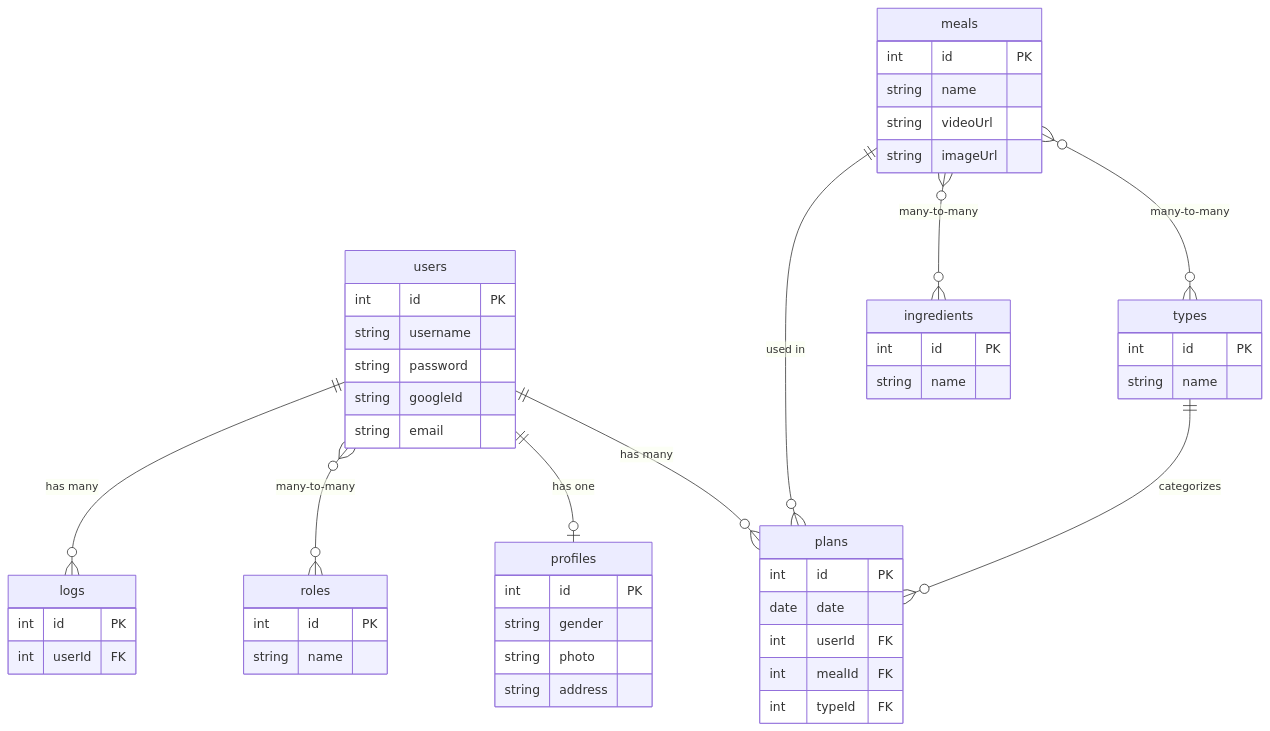
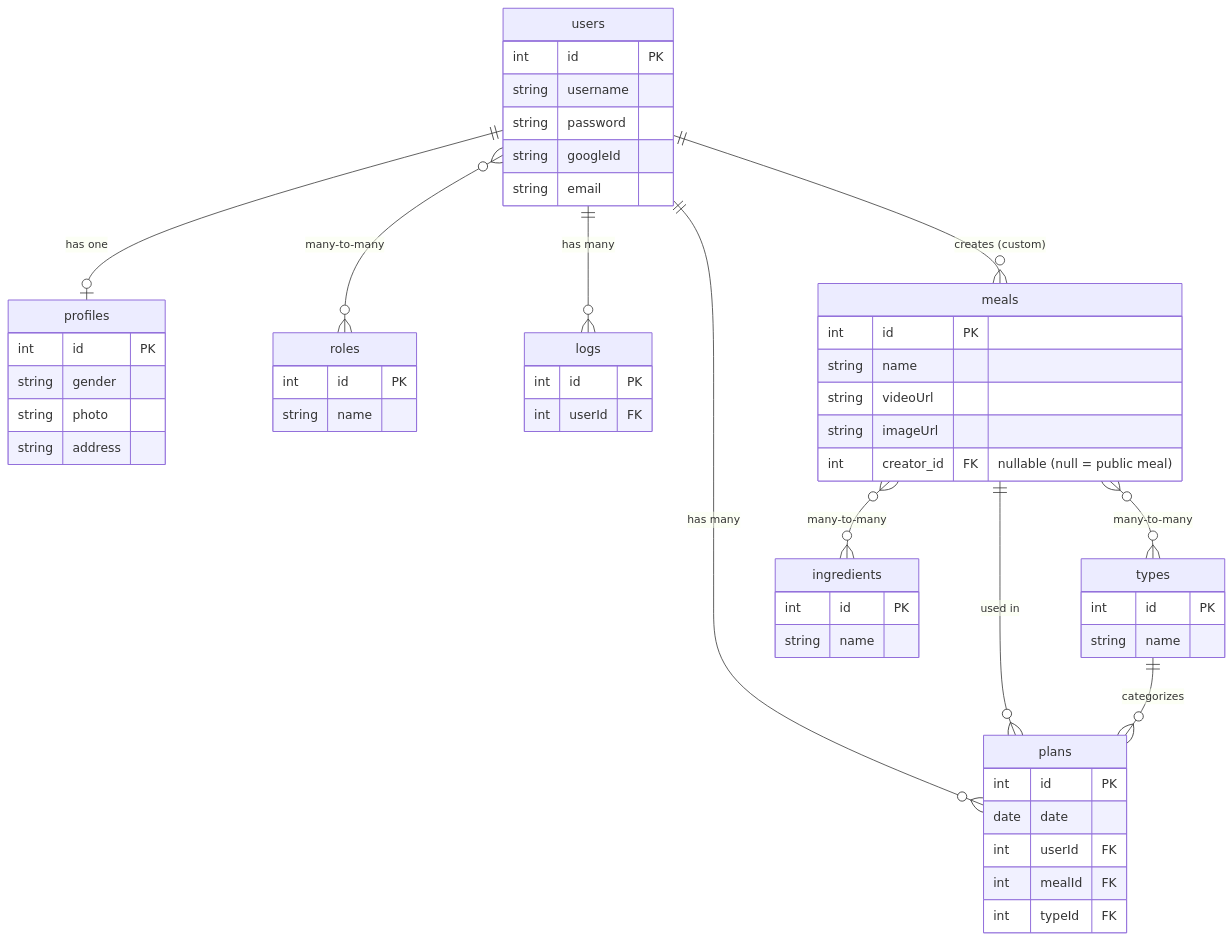
One commit to 986913/WHATTOEAT changed the second of 4 diagrams in readme.md. Above: the diagram before and after it, drawn with Mermaid. The commit also changed other lines of this file and 11 other files, not shown here.

````diff
--- a/readme.md
+++ b/readme.md
@@ -70,61 +76,63 @@
 ```mermaid
 erDiagram
     users ||--o| profiles : "has one"
     users }o--o{ roles : "many-to-many"
     users ||--o{ plans : "has many"
     users ||--o{ logs : "has many"
+    users ||--o{ meals : "creates (custom)"
     meals ||--o{ plans : "used in"
     meals }o--o{ types : "many-to-many"
     meals }o--o{ ingredients : "many-to-many"
     types ||--o{ plans : "categorizes"
 
     users {
         int id PK
         string username
         string password
         string googleId
         string email
     }
 
     profiles {
         int id PK
         string gender
         string photo
         string address
     }
 
     roles {
         int id PK
         string name
     }
 
     plans {
         int id PK
         date date
         int userId FK
         int mealId FK
         int typeId FK
     }
 
     meals {
         int id PK
         string name
         string videoUrl
         string imageUrl
+        int creator_id FK "nullable (null = public meal)"
     }
 
     types {
         int id PK
         string name
     }
 
     ingredients {
         int id PK
         string name
     }
 
     logs {
         int id PK
         int userId FK
     }
 ```
````
